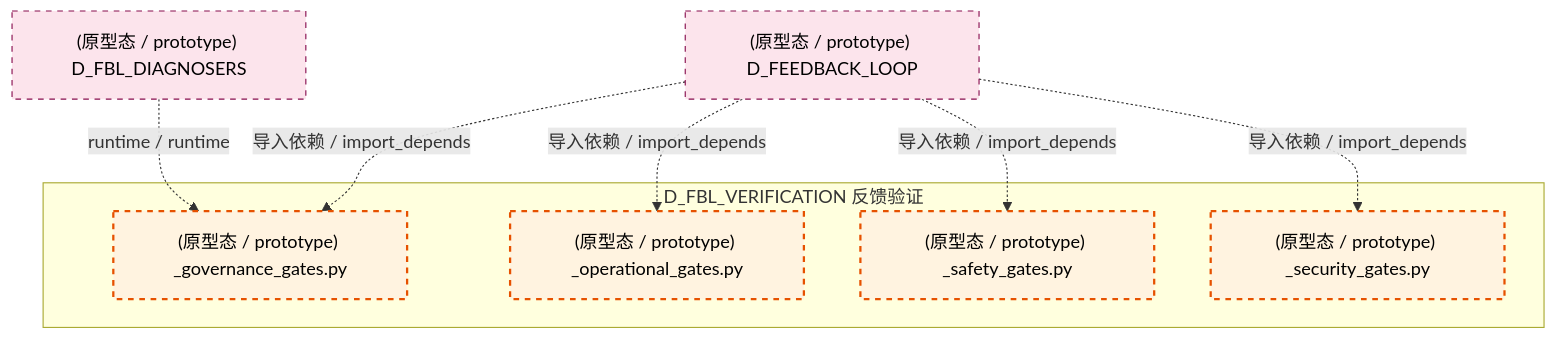
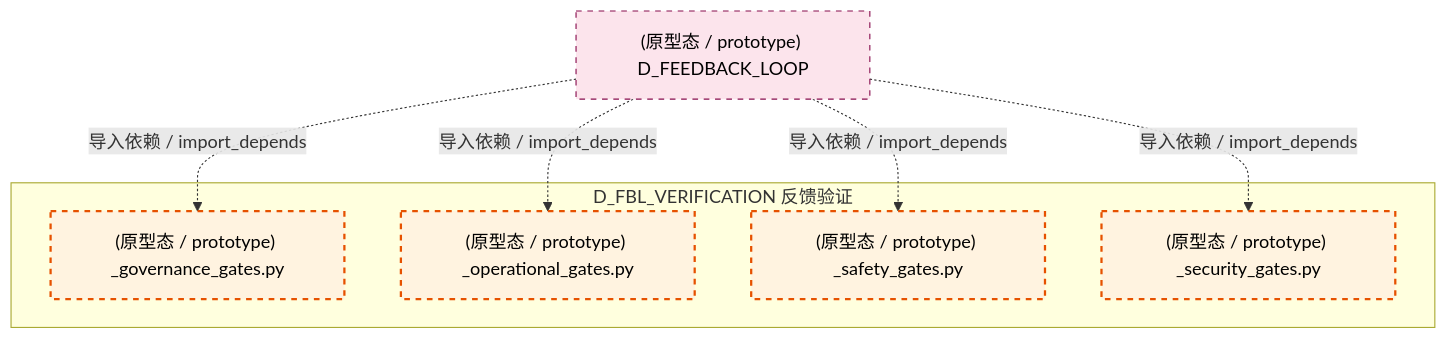
Before and after one commit to xuanFelixVan/ZephyrAlpha: the fifth of 6 diagrams in docs/02_enterprise_architecture/02_domain_architecture_docs/13_d_fbl_verification.md, drawn with Mermaid. The commit also changed other lines of this file and 105 other files, not shown here.

````diff
--- a/docs/02_enterprise_architecture/02_domain_architecture_docs/13_d_fbl_verification.md
+++ b/docs/02_enterprise_architecture/02_domain_architecture_docs/13_d_fbl_verification.md
@@ -420,22 +417,20 @@
 ```mermaid
 graph TD
     subgraph D_FBL_VERIFICATION["D_FBL_VERIFICATION 反馈验证"]
         src_zephyr_feedback_loop_gates_governance_gates_py["(原型态 / prototype) _governance_gates.py"]
         src_zephyr_feedback_loop_gates_operational_gates_py["(原型态 / prototype) _operational_gates.py"]
         src_zephyr_feedback_loop_gates_safety_gates_py["(原型态 / prototype) _safety_gates.py"]
         src_zephyr_feedback_loop_gates_security_gates_py["(原型态 / prototype) _security_gates.py"]
     end
-    D_FBL_DIAGNOSERS["(原型态 / prototype) D_FBL_DIAGNOSERS"]
-    D_FBL_DIAGNOSERS -.->|runtime / runtime| src_zephyr_feedback_loop_gates_governance_gates_py
     D_FEEDBACK_LOOP["(原型态 / prototype) D_FEEDBACK_LOOP"]
     D_FEEDBACK_LOOP -.->|导入依赖 / import_depends| src_zephyr_feedback_loop_gates_safety_gates_py
     D_FEEDBACK_LOOP -.->|导入依赖 / import_depends| src_zephyr_feedback_loop_gates_security_gates_py
     D_FEEDBACK_LOOP -.->|导入依赖 / import_depends| src_zephyr_feedback_loop_gates_governance_gates_py
     D_FEEDBACK_LOOP -.->|导入依赖 / import_depends| src_zephyr_feedback_loop_gates_operational_gates_py
     classDef production fill:#e1f5fe,stroke:#01579b,stroke-width:2px,color:#000
     classDef design fill:#fff3e0,stroke:#e65100,stroke-width:2px,color:#000,stroke-dasharray: 5 5
     classDef external_prod fill:#e8f5e9,stroke:#1b5e20,stroke-width:1px,color:#000
     classDef external_design fill:#fce4ec,stroke:#880e4f,stroke-width:1px,color:#000,stroke-dasharray: 5 5
     class src_zephyr_feedback_loop_gates_governance_gates_py,src_zephyr_feedback_loop_gates_operational_gates_py,src_zephyr_feedback_loop_gates_safety_gates_py,src_zephyr_feedback_loop_gates_security_gates_py design
-    class D_FBL_DIAGNOSERS,D_FEEDBACK_LOOP external_design
+    class D_FEEDBACK_LOOP external_design
 ```
````
